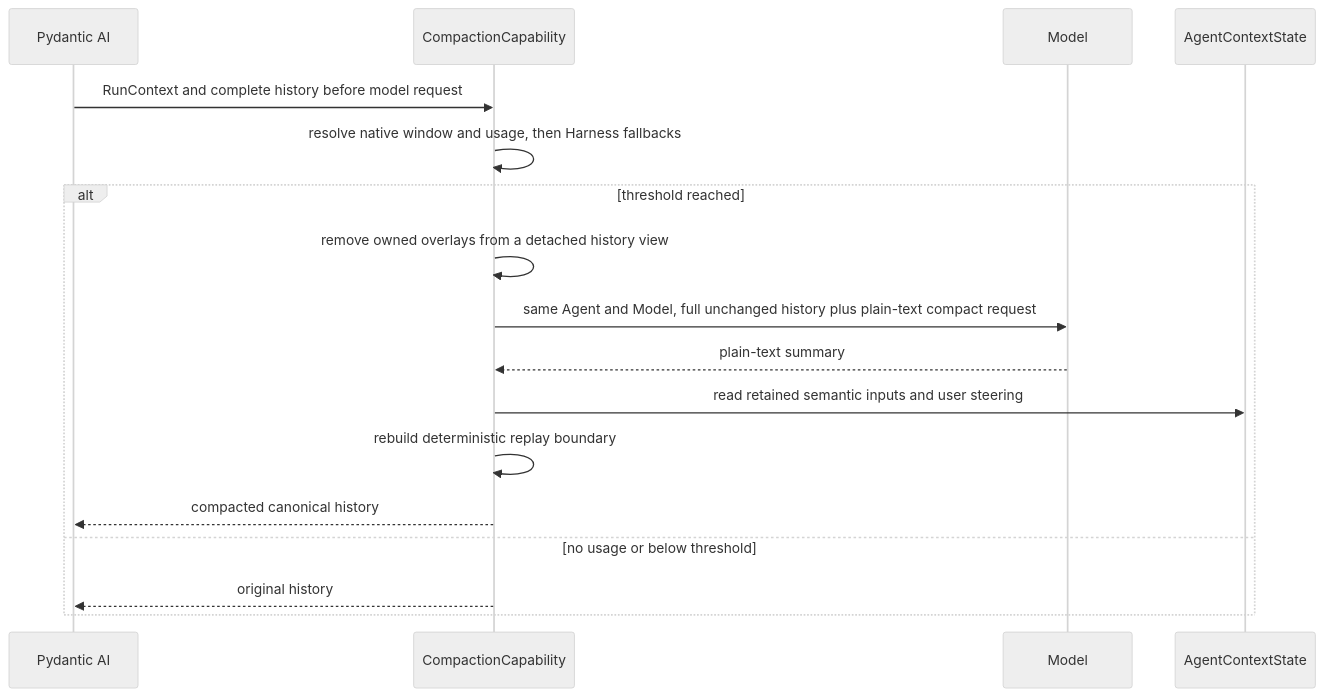
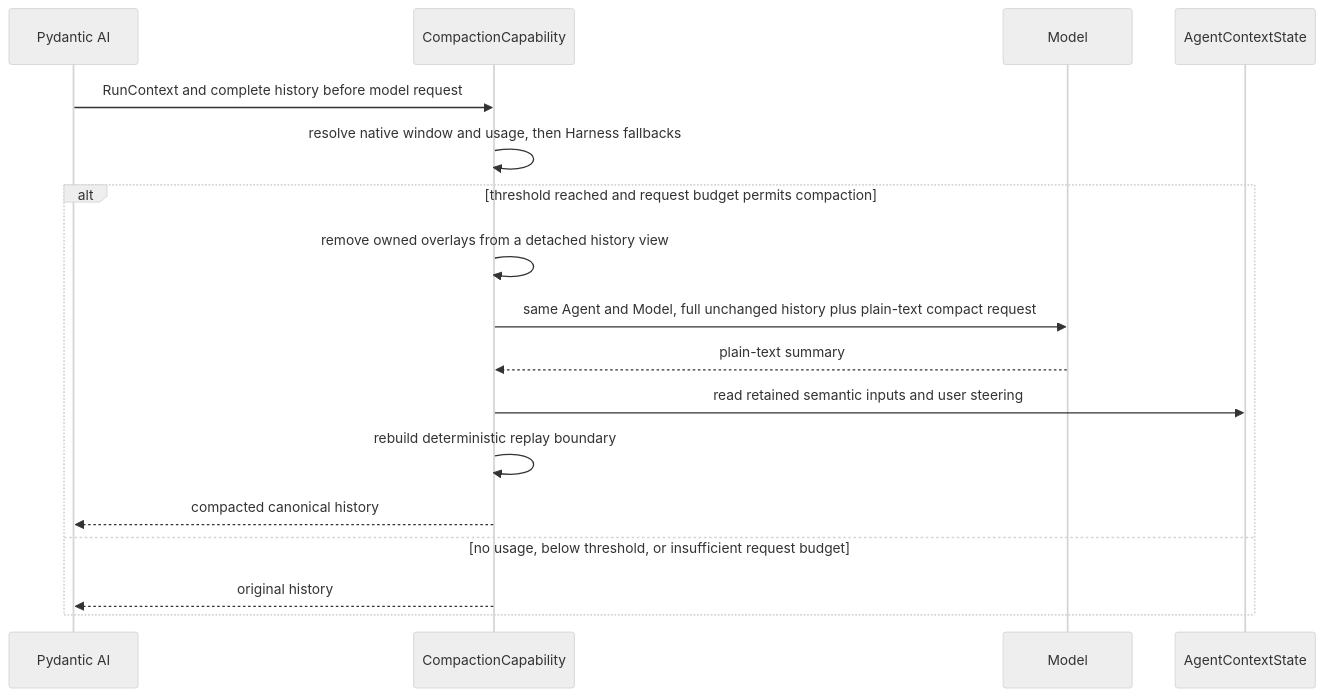
The second of 2 diagrams in spec/a13n-harness/09-context-and-memory.md (Jarvis636431/agent-foundation), drawn with Mermaid (neutral theme) before and after one commit. The commit also changed other lines of this file and 2 other files, not shown here.

Commit message:
fix(harness): preserve the last model request when skipping compaction (#1215)

````diff
--- a/spec/a13n-harness/09-context-and-memory.md
+++ b/spec/a13n-harness/09-context-and-memory.md
@@ -367,20 +367,20 @@
 ```mermaid
 sequenceDiagram
     participant PAI as Pydantic AI
     participant Compact as CompactionCapability
     participant Model
     participant State as AgentContextState
 
     PAI->>Compact: RunContext and complete history before model request
     Compact->>Compact: resolve native window and usage, then Harness fallbacks
-    alt threshold reached
+    alt threshold reached and request budget permits compaction
         Compact->>Compact: remove owned overlays from a detached history view
         Compact->>Model: same Agent and Model, full unchanged history plus plain-text compact request
         Model-->>Compact: plain-text summary
         Compact->>State: read retained semantic inputs and user steering
         Compact->>Compact: rebuild deterministic replay boundary
         Compact-->>PAI: compacted canonical history
-    else no usage or below threshold
+    else no usage, below threshold, or insufficient request budget
         Compact-->>PAI: original history
     end
 ```
````
